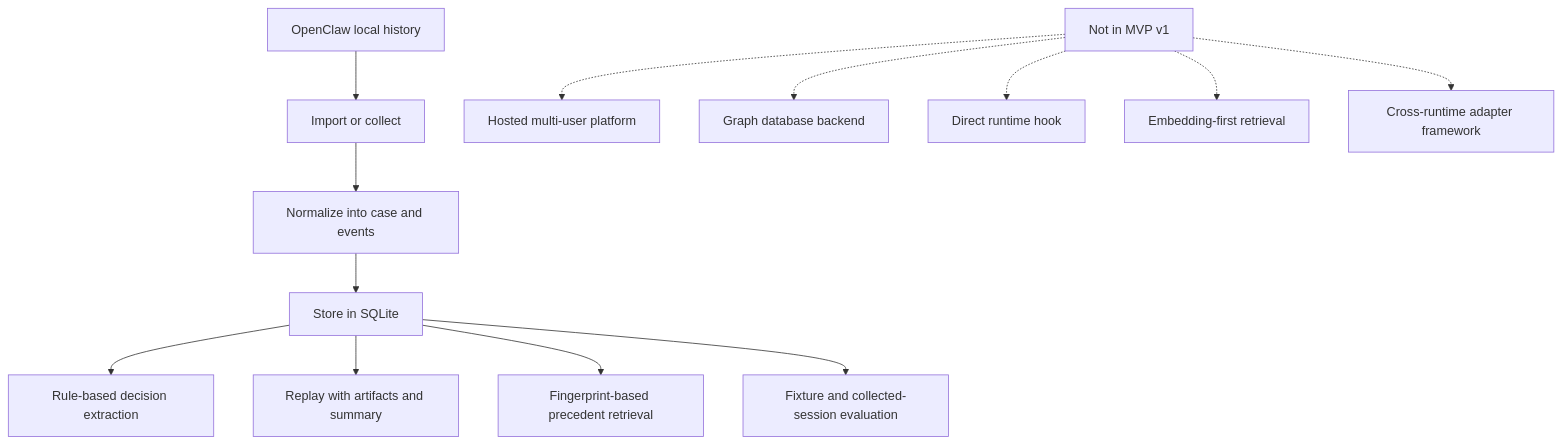
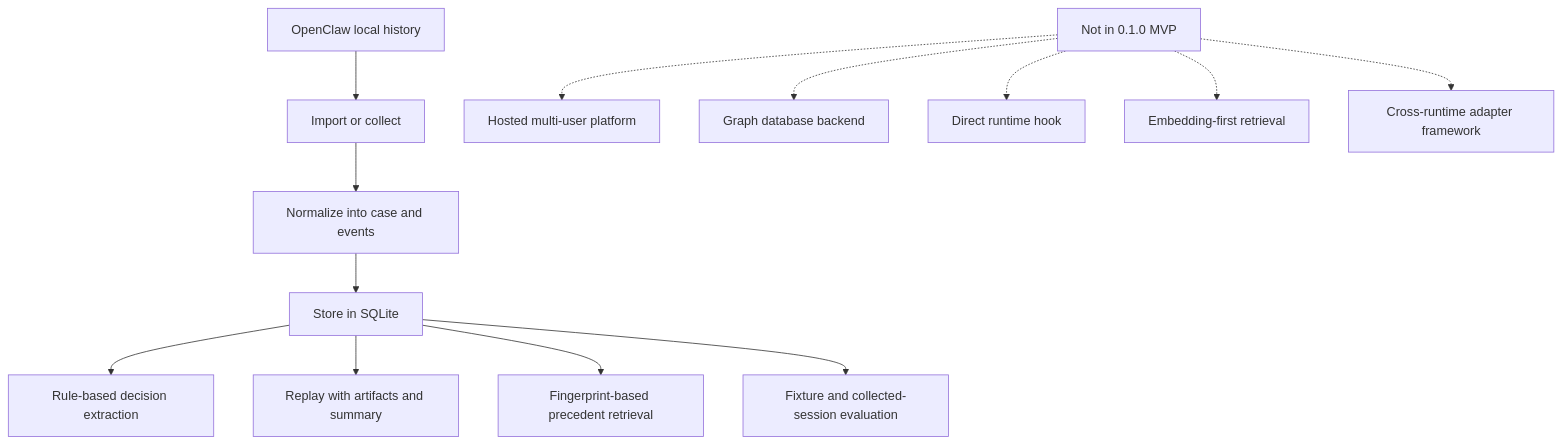
Before and after one commit to openprecedent/openprecedent: the third of 4 diagrams in docs/architecture/mvp-design.md, drawn with Mermaid. The commit also changed other lines of this file and 11 other files, not shown here.

````diff
--- a/docs/architecture/mvp-design.md
+++ b/docs/architecture/mvp-design.md
@@ -172,16 +172,16 @@
 ```mermaid
 flowchart TD
     A[OpenClaw local history] --> B[Import or collect]
     B --> C[Normalize into case and events]
     C --> D[Store in SQLite]
     D --> E[Rule-based decision extraction]
     D --> F[Replay with artifacts and summary]
     D --> G[Fingerprint-based precedent retrieval]
     D --> H[Fixture and collected-session evaluation]
 
-    X[Not in MVP v1] -.-> X1[Hosted multi-user platform]
+    X[Not in 0.1.0 MVP] -.-> X1[Hosted multi-user platform]
     X -.-> X2[Graph database backend]
     X -.-> X3[Direct runtime hook]
     X -.-> X4[Embedding-first retrieval]
     X -.-> X5[Cross-runtime adapter framework]
 ```
````
